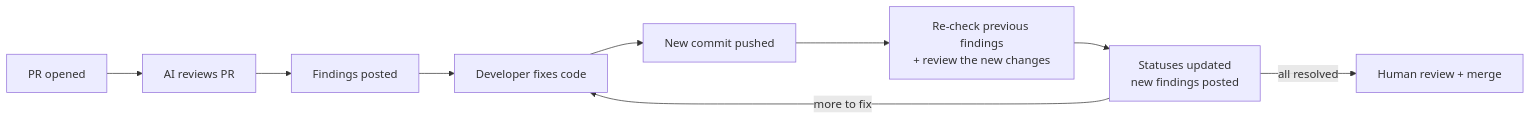
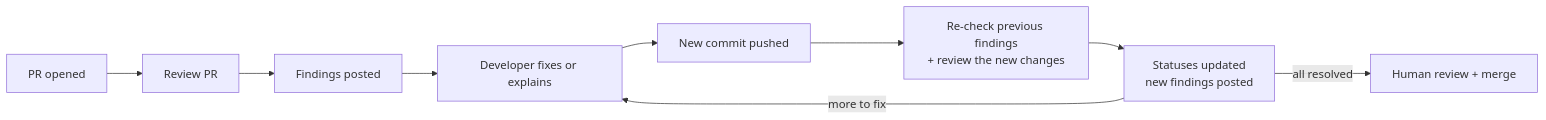
The first of 14 diagrams in docs/agentic-pr-review-system-design.v1.md (bryanChatsirichai/github_agentic_pr_reviewer), drawn with Mermaid before and after one commit. The commit also changed other lines of this file and 3 other files, not shown here.

Commit message:
Docs: Update architecture and roadmap

````diff
--- a/docs/agentic-pr-review-system-design.v1.md
+++ b/docs/agentic-pr-review-system-design.v1.md
@@ -29,11 +42,11 @@
 ```mermaid
 flowchart LR
-    O[PR opened] --> R[AI reviews PR]
+    O[PR opened] --> R[Review PR]
     R --> P[Findings posted]
-    P --> F[Developer fixes code]
+    P --> F[Developer fixes or explains]
     F --> C[New commit pushed]
     C --> RR["Re-check previous findings<br/>+ review the new changes"]
     RR --> U["Statuses updated<br/>new findings posted"]
     U -->|more to fix| F
     U -->|all resolved| H[Human review + merge]
 ```
````
